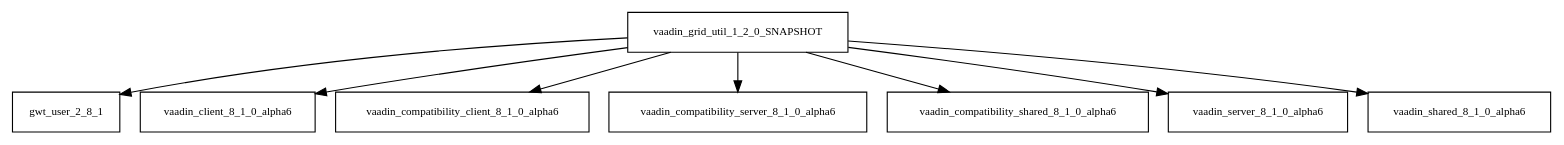
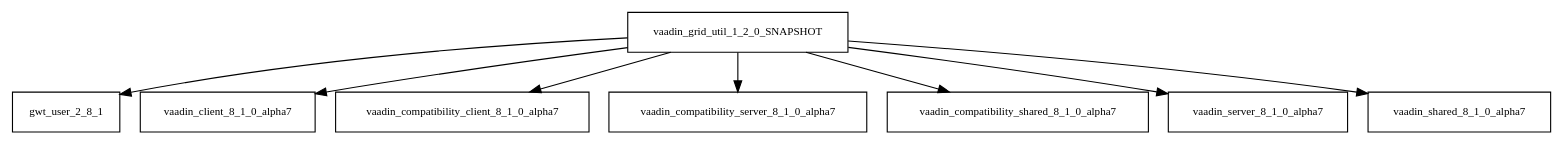
One commit to AglaianWoman/cia changed the diagram in tattleTaleReport/graphviz/vaadin-grid-util-1.2.0-SNAPSHOT.jar/vaadin-grid-util-1.2.0-SNAPSHOT.jar.dot. Above: the diagram before and after it, drawn with Graphviz. The commit also changed 1067 other files, not shown here.

```diff
--- a/tattleTaleReport/graphviz/vaadin-grid-util-1.2.0-SNAPSHOT.jar/vaadin-grid-util-1.2.0-SNAPSHOT.jar.dot
+++ b/tattleTaleReport/graphviz/vaadin-grid-util-1.2.0-SNAPSHOT.jar/vaadin-grid-util-1.2.0-SNAPSHOT.jar.dot
@@ -1,10 +1,10 @@
 digraph vaadin_grid_util_1_2_0_SNAPSHOT_dependencies {
   node [shape = box, fontsize=10.0];
   vaadin_grid_util_1_2_0_SNAPSHOT -> gwt_user_2_8_1;
-  vaadin_grid_util_1_2_0_SNAPSHOT -> vaadin_client_8_1_0_alpha6;
-  vaadin_grid_util_1_2_0_SNAPSHOT -> vaadin_compatibility_client_8_1_0_alpha6;
-  vaadin_grid_util_1_2_0_SNAPSHOT -> vaadin_compatibility_server_8_1_0_alpha6;
-  vaadin_grid_util_1_2_0_SNAPSHOT -> vaadin_compatibility_shared_8_1_0_alpha6;
-  vaadin_grid_util_1_2_0_SNAPSHOT -> vaadin_server_8_1_0_alpha6;
-  vaadin_grid_util_1_2_0_SNAPSHOT -> vaadin_shared_8_1_0_alpha6;
+  vaadin_grid_util_1_2_0_SNAPSHOT -> vaadin_client_8_1_0_alpha7;
+  vaadin_grid_util_1_2_0_SNAPSHOT -> vaadin_compatibility_client_8_1_0_alpha7;
+  vaadin_grid_util_1_2_0_SNAPSHOT -> vaadin_compatibility_server_8_1_0_alpha7;
+  vaadin_grid_util_1_2_0_SNAPSHOT -> vaadin_compatibility_shared_8_1_0_alpha7;
+  vaadin_grid_util_1_2_0_SNAPSHOT -> vaadin_server_8_1_0_alpha7;
+  vaadin_grid_util_1_2_0_SNAPSHOT -> vaadin_shared_8_1_0_alpha7;
 }
```
